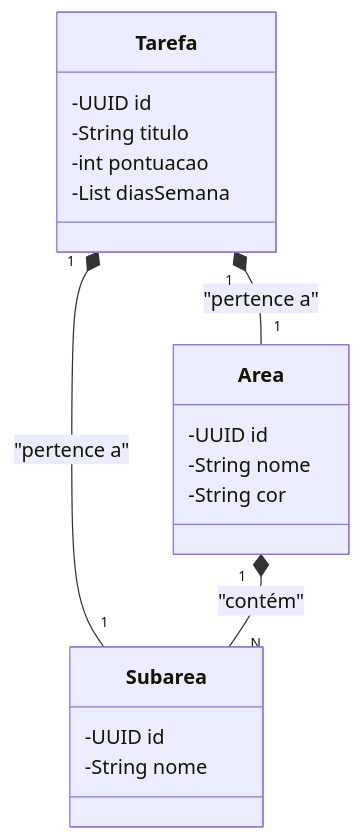
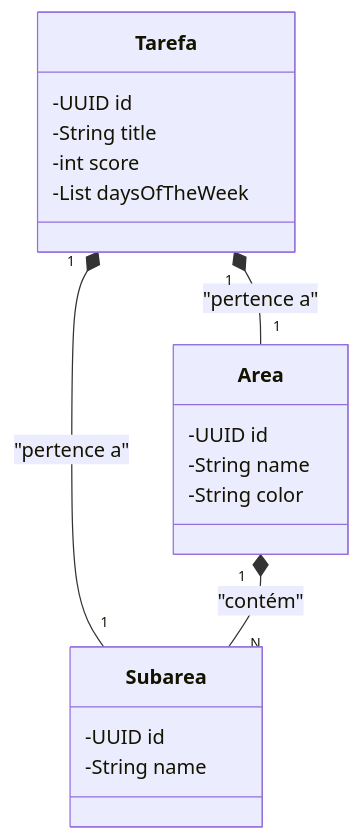
Before and after one commit to Matheuscroft/api-abito-arcano: the diagram in README.md, drawn with Mermaid. The commit also changed 15 other files, not shown here.

````diff
--- a/README.md
+++ b/README.md
@@ -7,24 +7,24 @@
 ```mermaid
 classDiagram
 class Tarefa {
     -UUID id
-    -String titulo
-    -int pontuacao
-    -List<Integer> diasSemana
+    -String title
+    -int score
+    -List<Integer> daysOfTheWeek
 }
 
 class Area {
     -UUID id
-    -String nome
-    -String cor
+    -String name
+    -String color
 }
 
 class Subarea {
     -UUID id
-    -String nome
+    -String name
 }
 
 Tarefa "1" *-- "1" Area : "pertence a"
 Tarefa "1" *-- "1" Subarea : "pertence a"
 Area "1" *-- "N" Subarea : "contém"
 ```
````
